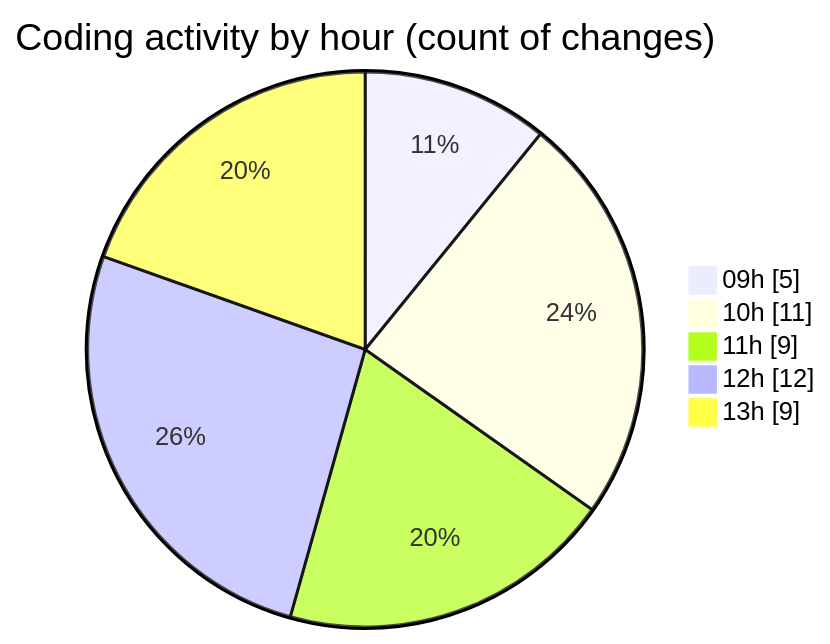
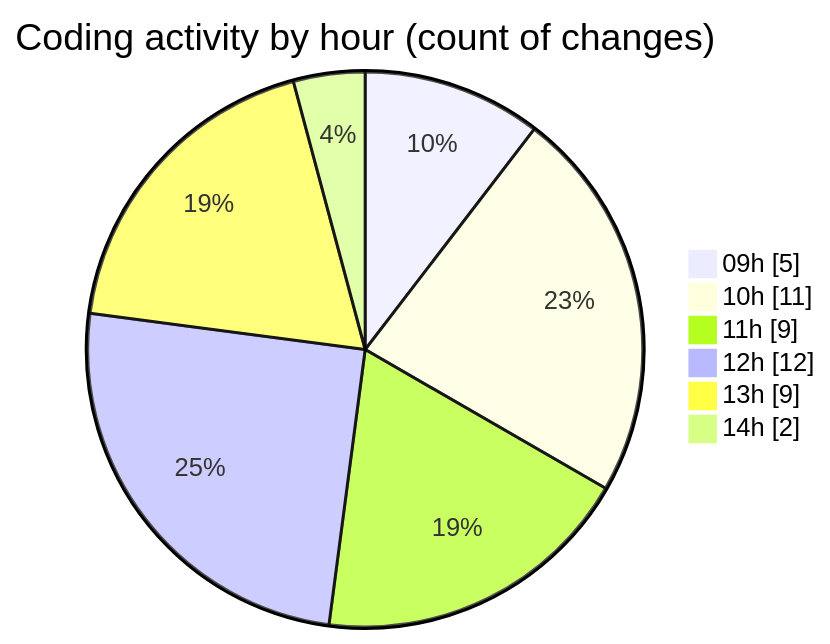
The second of 2 diagrams in 2025-03-11/cda/README.md (momahboobian/code-tracking), drawn with Mermaid before and after one commit. The commit also changed other lines of this file and 1 other file, not shown here.

````diff
--- a/2025-03-11/cda/README.md
+++ b/2025-03-11/cda/README.md
@@ -40,9 +42,10 @@
 ```mermaid
 pie showData
 title Coding activity by hour (count of changes)
 "09h" : 5
 "10h" : 11
 "11h" : 9
 "12h" : 12
 "13h" : 9
+"14h" : 2
 ```
````
